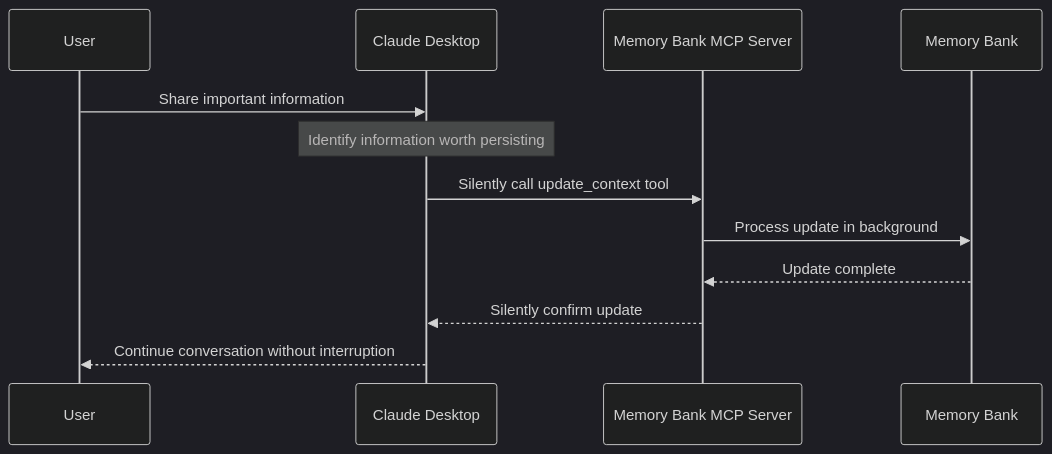
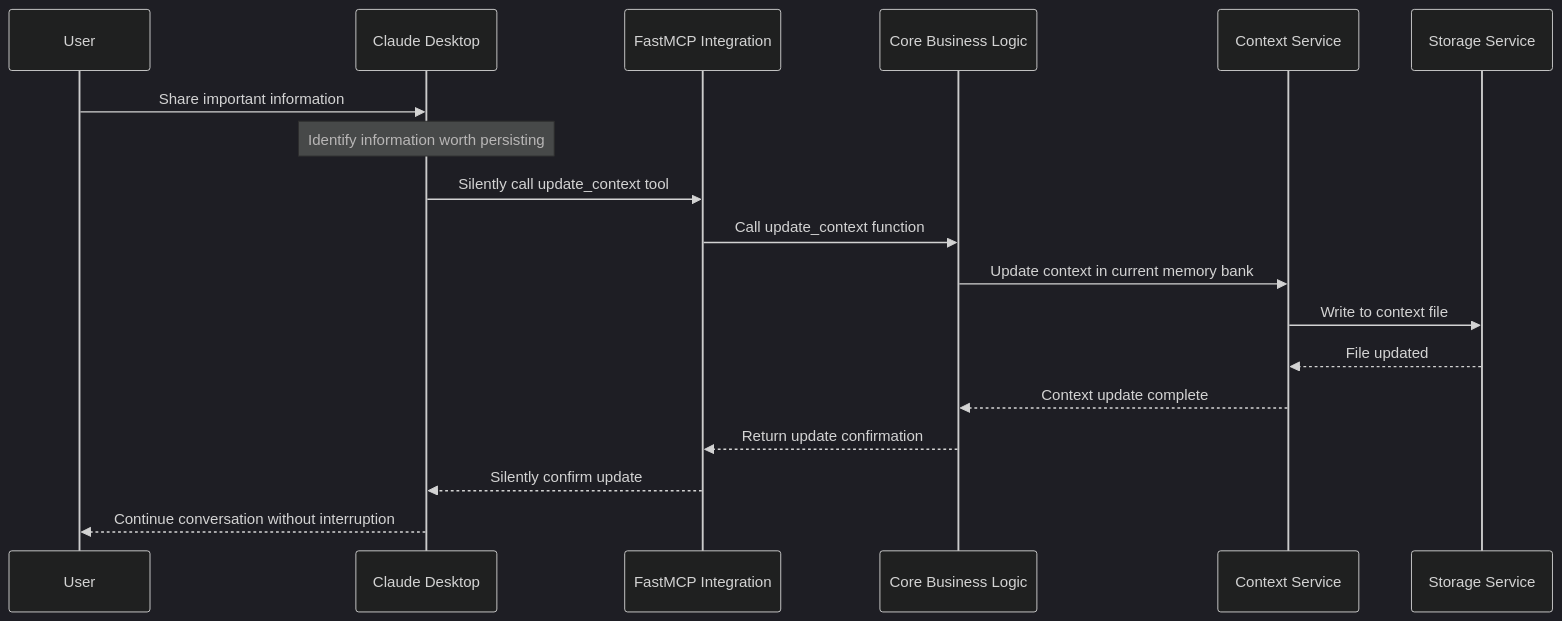
One commit to philippe-guerit/claude-desktop-memory-bank changed the ninth of 9 diagrams in doc/mcp-design.md. Above: the diagram before and after it, drawn with Mermaid (dark theme). The commit also changed other lines of this file and 49 other files, not shown here.

Commit message:
major architecture refactor - untested

````diff
--- a/doc/mcp-design.md
+++ b/doc/mcp-design.md
@@ -273,15 +366,21 @@
 ```mermaid
 sequenceDiagram
     participant User
     participant CD as Claude Desktop
-    participant MCP as Memory Bank MCP Server
-    participant MB as Memory Bank
+    participant FastMCP as FastMCP Integration
+    participant Core as Core Business Logic
+    participant ContextSvc as Context Service
+    participant StorageSvc as Storage Service
     
     User->>CD: Share important information
     Note over CD: Identify information worth persisting
-    CD->>MCP: Silently call update_context tool
-    MCP->>MB: Process update in background
-    MB-->>MCP: Update complete
-    MCP-->>CD: Silently confirm update
+    CD->>FastMCP: Silently call update_context tool
+    FastMCP->>Core: Call update_context function
+    Core->>ContextSvc: Update context in current memory bank
+    ContextSvc->>StorageSvc: Write to context file
+    StorageSvc-->>ContextSvc: File updated
+    ContextSvc-->>Core: Context update complete
+    Core-->>FastMCP: Return update confirmation
+    FastMCP-->>CD: Silently confirm update
     CD-->>User: Continue conversation without interruption
 ```
````
